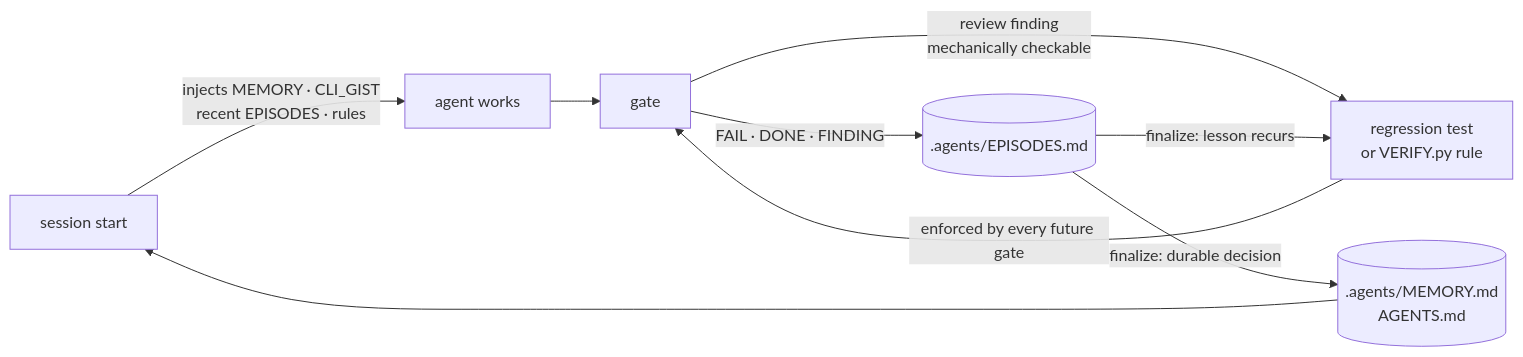
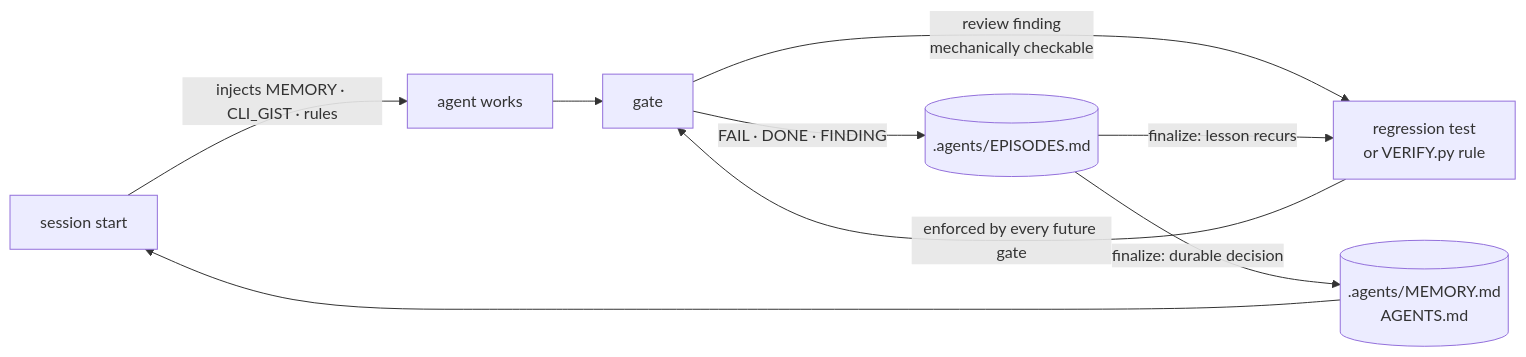
One commit to kyr0/defuss-vae changed the second of 2 diagrams in README.md. Above: the diagram before and after it, drawn with Mermaid. The commit also changed other lines of this file and 9 other files, not shown here.

First line of the commit message:
feat(memory): bound memory authority by evidenced scope; retrieve episodes by relevance

````diff
--- a/README.md
+++ b/README.md
@@ -74,11 +74,11 @@
 ```mermaid
 flowchart LR
-    S["session start"] -->|"injects MEMORY · CLI_GIST<br/>recent EPISODES · rules"| A["agent works"]
+    S["session start"] -->|"injects MEMORY · CLI_GIST · rules"| A["agent works"]
     A --> G["gate"]
     G -->|"FAIL · DONE · FINDING"| E[(".agents/EPISODES.md")]
     G -->|"review finding<br/>mechanically checkable"| T["regression test<br/>or VERIFY.py rule"]
     E -->|"finalize: lesson recurs"| T
     E -->|"finalize: durable decision"| M[(".agents/MEMORY.md<br/>AGENTS.md")]
     T -->|"enforced by every future gate"| G
     M --> S
 ```
````
